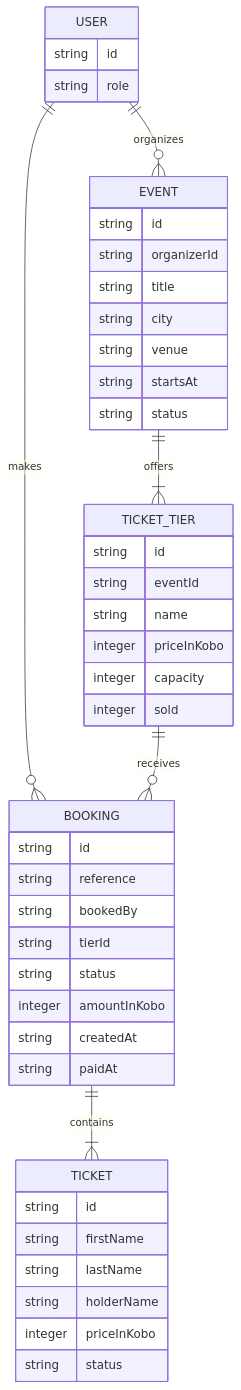
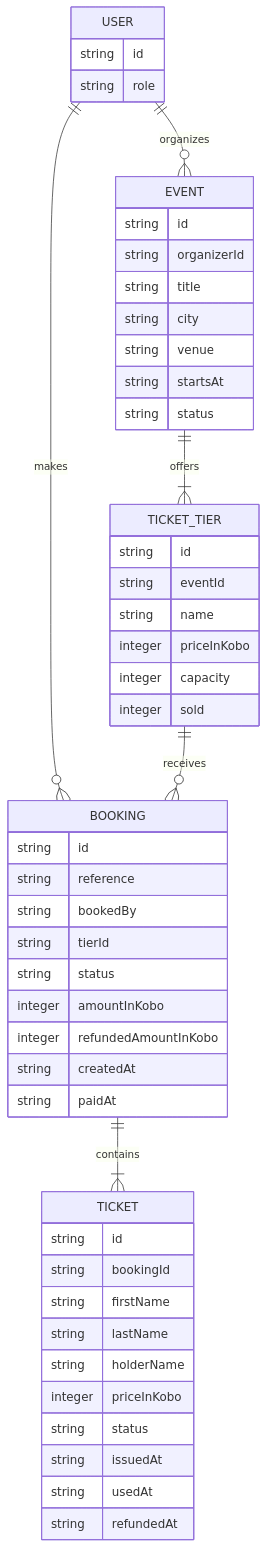
One commit to Sots-Light/capstone-drill changed the third of 4 diagrams in docs/architecture.md. Above: the diagram before and after it, drawn with Mermaid. The commit also changed other lines of this file and 14 other files, not shown here.

````diff
--- a/docs/architecture.md
+++ b/docs/architecture.md
@@ -75,48 +75,53 @@
 ```mermaid
 erDiagram
   USER ||--o{ EVENT : organizes
   USER ||--o{ BOOKING : makes
   EVENT ||--|{ TICKET_TIER : offers
   TICKET_TIER ||--o{ BOOKING : receives
   BOOKING ||--|{ TICKET : contains
 
   USER {
     string id
     string role
   }
   EVENT {
     string id
     string organizerId
     string title
     string city
     string venue
     string startsAt
     string status
   }
   TICKET_TIER {
     string id
     string eventId
     string name
     integer priceInKobo
     integer capacity
     integer sold
   }
   BOOKING {
     string id
     string reference
     string bookedBy
     string tierId
     string status
     integer amountInKobo
+    integer refundedAmountInKobo
     string createdAt
     string paidAt
   }
   TICKET {
     string id
+    string bookingId
     string firstName
     string lastName
     string holderName
     integer priceInKobo
     string status
+    string issuedAt
+    string usedAt
+    string refundedAt
   }
 ```
````
